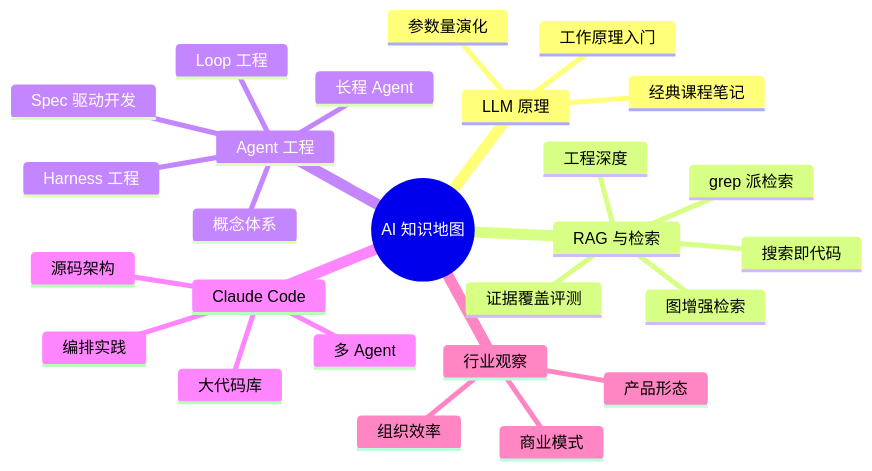
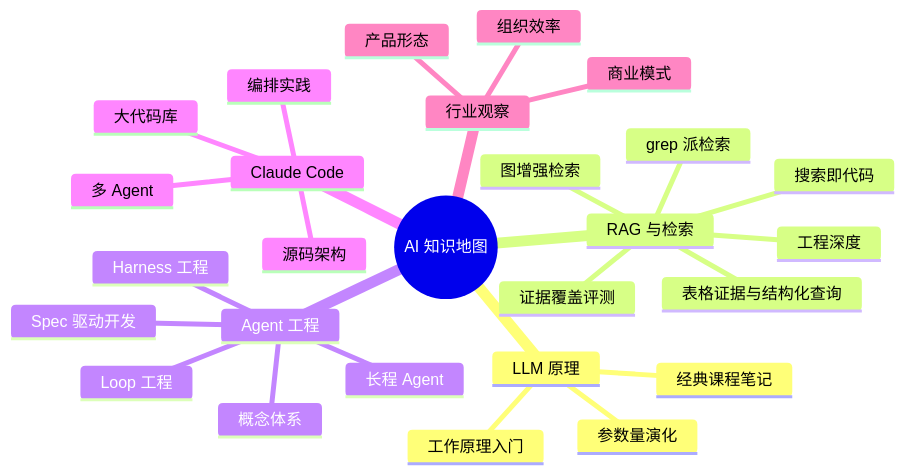
One commit to puppylpg/puppylpg.github.io changed the diagram in _wiki/ai-llm-agent.md. Above: the diagram before and after it, drawn with Mermaid. The commit also changed other lines of this file and 1 other file, not shown here.

````diff
--- a/_wiki/ai-llm-agent.md
+++ b/_wiki/ai-llm-agent.md
@@ -25,29 +25,30 @@
 ```mermaid
 mindmap
   root((AI 知识地图))
     LLM 原理
       工作原理入门
       参数量演化
       经典课程笔记
     RAG 与检索
       工程深度
       图增强检索
       grep 派检索
       搜索即代码
       证据覆盖评测
+      表格证据与结构化查询
     Agent 工程
       概念体系
       Harness 工程
       Loop 工程
       长程 Agent
       Spec 驱动开发
     Claude Code
       源码架构
       多 Agent
       大代码库
       编排实践
     行业观察
       产品形态
       商业模式
       组织效率
 ```
````
